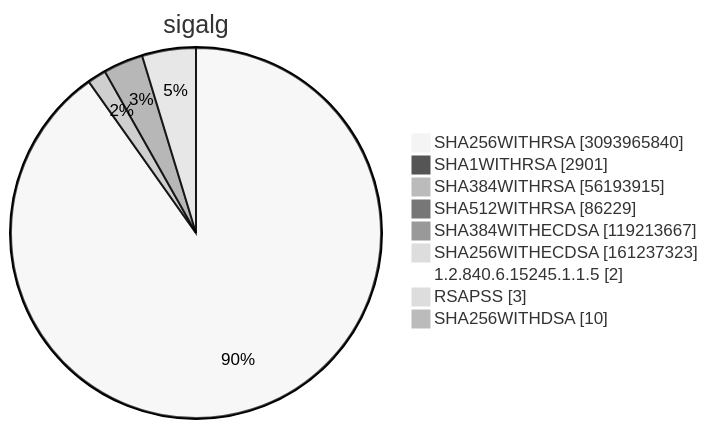
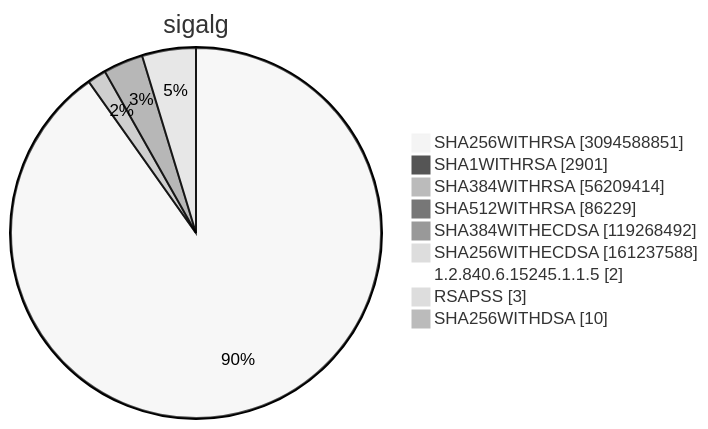
Diagram 15 of 15 in TOTAL/README.md (christiankrug/ctmonitor_visualization), drawn with Mermaid (neutral theme) before and after one commit. The commit also changed other lines of this file, not shown here.

````diff
--- a/TOTAL/README.md
+++ b/TOTAL/README.md
@@ -6211,13 +6211,13 @@
 ```mermaid
 pie showData
 title sigalg
-"SHA256WITHRSA" :3093965840
+"SHA256WITHRSA" :3094588851
 "SHA1WITHRSA" :2901
-"SHA384WITHRSA" :56193915
+"SHA384WITHRSA" :56209414
 "SHA512WITHRSA" :86229
-"SHA384WITHECDSA" :119213667
-"SHA256WITHECDSA" :161237323
+"SHA384WITHECDSA" :119268492
+"SHA256WITHECDSA" :161237588
 "1.2.840.6.15245.1.1.5" :2
 "RSAPSS" :3
 "SHA256WITHDSA" :10
 ```
````
